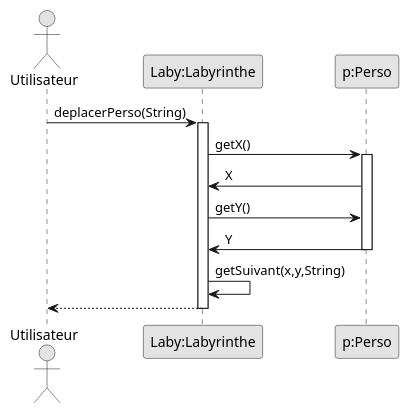
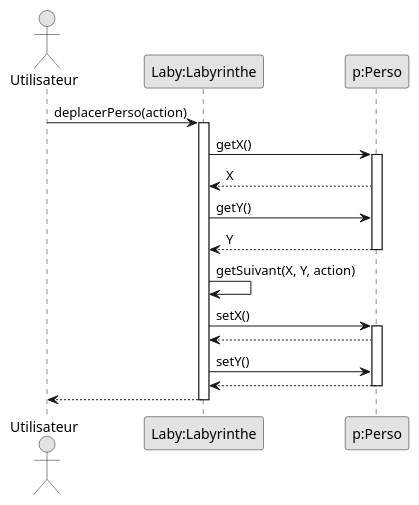
One commit to Dracosxs/2022_Zeldiablo_MOUGIN_DEFOLIE_KETZINGER_KOLER changed the diagram in documents/version_1/CollisionAvecMurs.puml. Above: the diagram before and after it, drawn with PlantUML. The commit also changed 1 other file, not shown here.

Commit message:
Modification des  diagrammes de sequence

```diff
--- a/documents/version_1/CollisionAvecMurs.puml
+++ b/documents/version_1/CollisionAvecMurs.puml
@@ -1,21 +1,27 @@
 @startuml
 skinparam monochrome true
 
 actor Utilisateur
 
 participant "Laby:Labyrinthe" as Laby
 participant "p:Perso" as P
 
-Utilisateur -> Laby: deplacerPerso(String)
+Utilisateur -> Laby: deplacerPerso(action)
 activate Laby
 Laby -> P: getX()
 activate P
-Laby <- P: X
+Laby <-- P: X
 Laby -> P: getY()
-Laby <- P: Y
+Laby <-- P: Y
 deactivate P
-Laby -> Laby: getSuivant(x,y,String)
+Laby -> Laby:getSuivant(X, Y, action)
+Laby -> P: setX()
+activate P
+Laby <-- P:
+Laby -> P: setY()
+Laby <-- P:
+deactivate P
 Laby --> Utilisateur
 deactivate Laby
 
 @enduml
```
